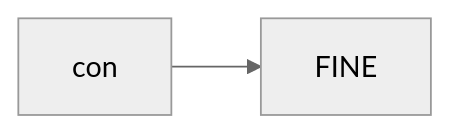
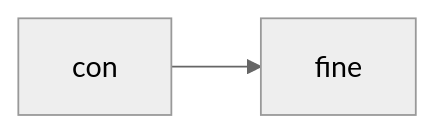
The first of 5 diagrams in slides_backup/托业单词/20260630/05.md (seki999/DialogueFlow), drawn with Mermaid (neutral theme) before and after one commit. The commit also changed other lines of this file and 28 other files, not shown here.

````diff
--- a/slides_backup/托业单词/20260630/05.md
+++ b/slides_backup/托业单词/20260630/05.md
@@ -17,4 +21,4 @@
 ```mermaid
 flowchart LR
-    A[con] --> B[FINE]
+    A[con] --> B[fine]
 ```
````
